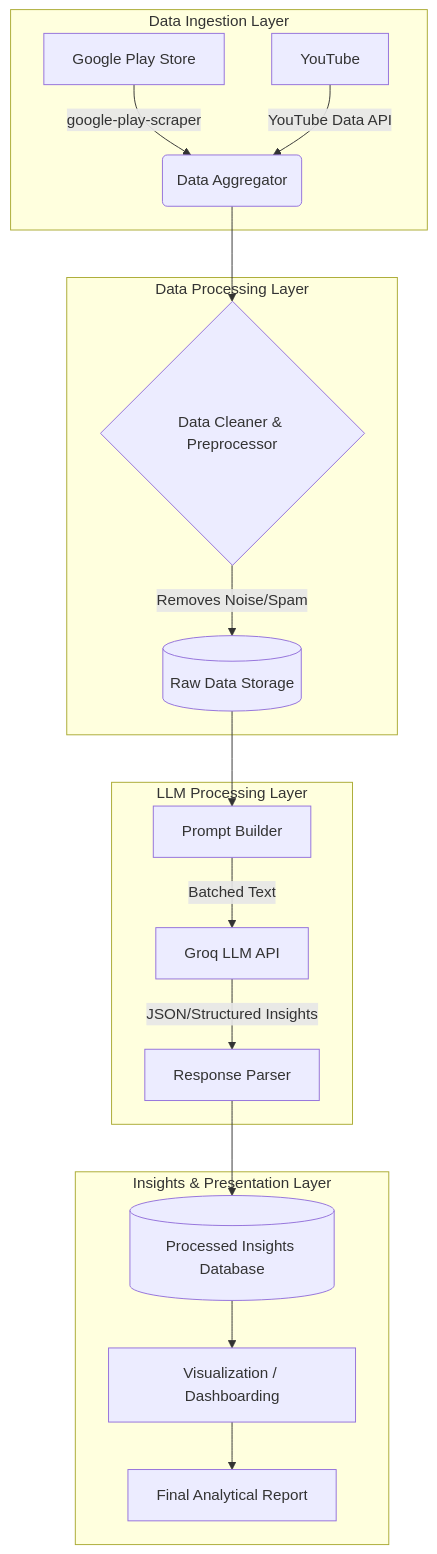
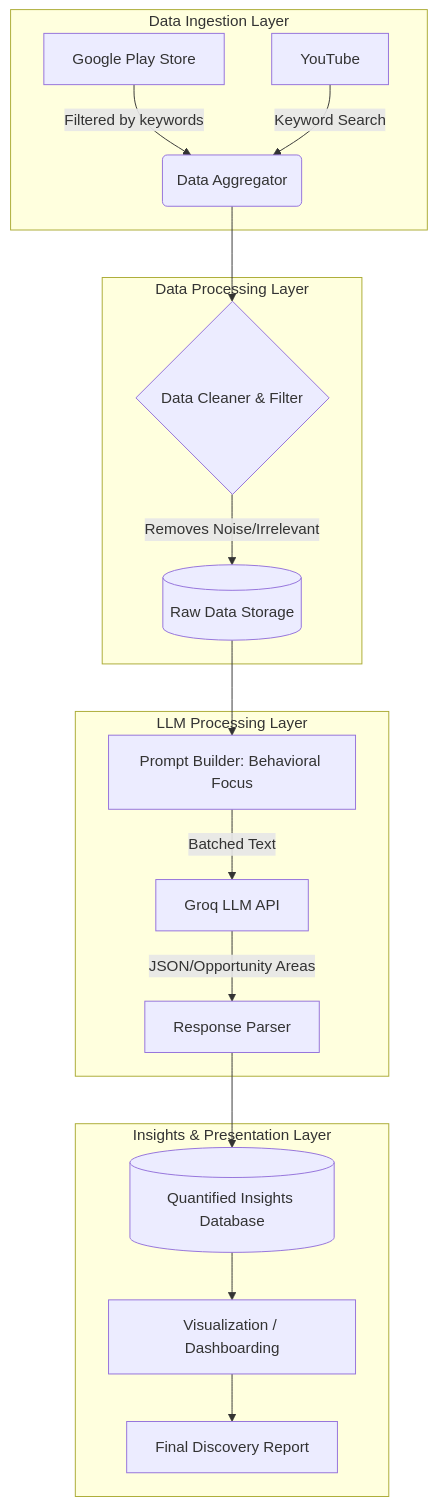
The diagram in docs/architecture.md (parassaini05/Grad-Project), drawn with Mermaid before and after one commit. The commit also changed other lines of this file and 5 other files, not shown here.

Commit message:
Update strategy to wishlist conversion, add scrapers and data cleaner

````diff
--- a/docs/architecture.md
+++ b/docs/architecture.md
@@ -7,24 +7,24 @@
 ```mermaid
 graph TD
     subgraph Data Ingestion Layer
-        A[Google Play Store] --> |google-play-scraper| C(Data Aggregator)
-        B[YouTube] --> |YouTube Data API| C(Data Aggregator)
+        A[Google Play Store] --> |Filtered by keywords| C(Data Aggregator)
+        B[YouTube] --> |Keyword Search| C(Data Aggregator)
     end
 
     subgraph Data Processing Layer
-        C --> D{Data Cleaner & Preprocessor}
-        D --> |Removes Noise/Spam| E[(Raw Data Storage)]
+        C --> D{Data Cleaner & Filter}
+        D --> |Removes Noise/Irrelevant| E[(Raw Data Storage)]
     end
 
     subgraph LLM Processing Layer
-        E --> F[Prompt Builder]
+        E --> F[Prompt Builder: Behavioral Focus]
         F --> |Batched Text| G[Groq LLM API]
-        G --> |JSON/Structured Insights| H[Response Parser]
+        G --> |JSON/Opportunity Areas| H[Response Parser]
     end
 
     subgraph Insights & Presentation Layer
-        H --> I[(Processed Insights Database)]
+        H --> I[(Quantified Insights Database)]
         I --> J[Visualization / Dashboarding]
-        J --> K[Final Analytical Report]
+        J --> K[Final Discovery Report]
     end
 ```
````
